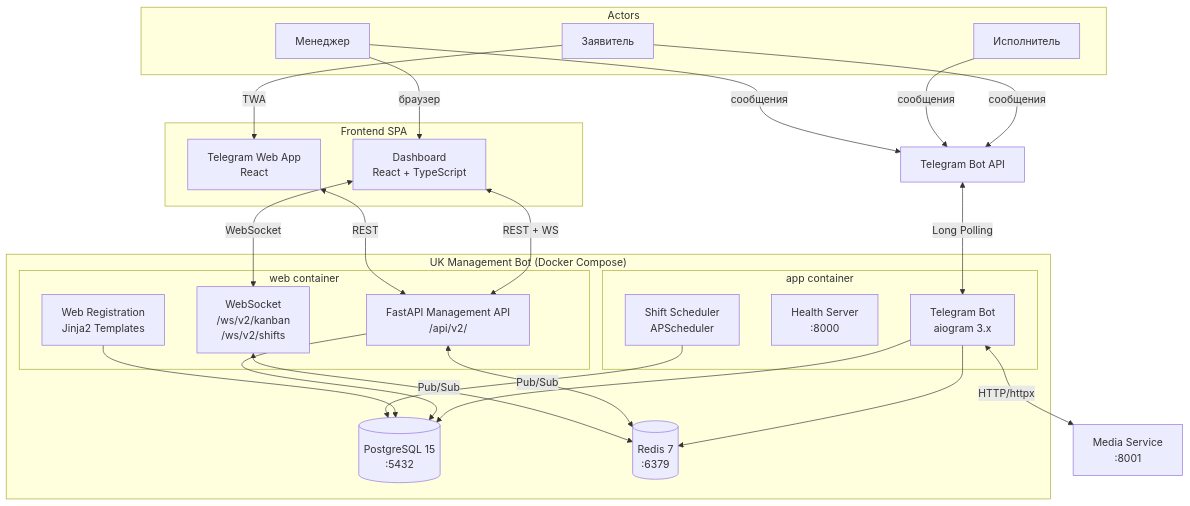
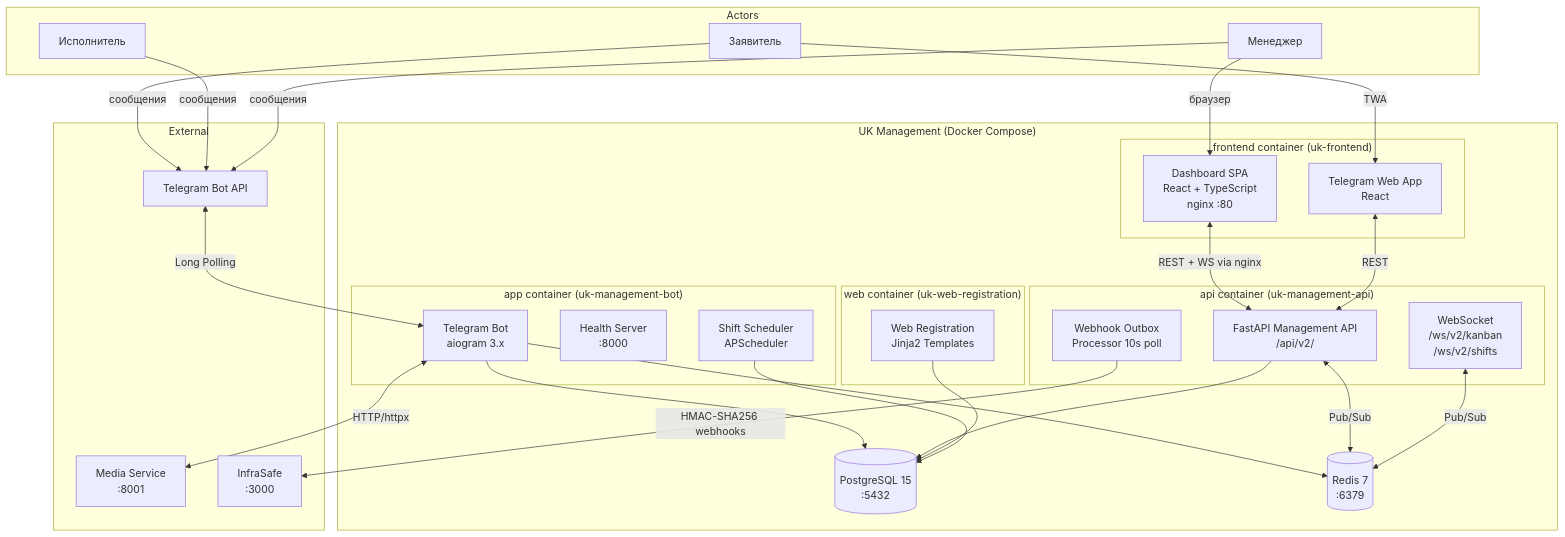
Before and after one commit to a-afanasyev/Infrasafe_bot: the first of 3 diagrams in audit/01_architecture_overview.md, drawn with Mermaid. The commit also changed other lines of this file and 20 other files, not shown here.

````diff
--- a/audit/01_architecture_overview.md
+++ b/audit/01_architecture_overview.md
@@ -43,49 +47,54 @@
 ```mermaid
 graph TB
     subgraph Actors
         AP[Заявитель]
         EX[Исполнитель]
         MG[Менеджер]
     end
 
-    subgraph "UK Management Bot (Docker Compose)"
-        subgraph "app container"
+    subgraph "UK Management (Docker Compose)"
+        subgraph "app container (uk-management-bot)"
             BOT[Telegram Bot\naiogram 3.x]
             HEALTH[Health Server\n:8000]
             SCHED[Shift Scheduler\nAPScheduler]
         end
-        subgraph "web container"
+        subgraph "api container (uk-management-api)"
             API[FastAPI Management API\n/api/v2/]
             WS[WebSocket\n/ws/v2/kanban\n/ws/v2/shifts]
+            OUTBOX[Webhook Outbox\nProcessor 10s poll]
+        end
+        subgraph "web container (uk-web-registration)"
             WEB[Web Registration\nJinja2 Templates]
+        end
+        subgraph "frontend container (uk-frontend)"
+            DASH[Dashboard SPA\nReact + TypeScript\nnginx :80]
+            TWA[Telegram Web App\nReact]
         end
         PG[(PostgreSQL 15\n:5432)]
         RD[(Redis 7\n:6379)]
     end
 
-    subgraph "Frontend SPA"
-        DASH[Dashboard\nReact + TypeScript]
-        TWA[Telegram Web App\nReact]
+    subgraph "External"
+        TG[Telegram Bot API]
+        MEDIA[Media Service\n:8001]
+        INFRA[InfraSafe\n:3000]
     end
-
-    TG[Telegram Bot API]
-    MEDIA[Media Service\n:8001]
 
     AP -->|сообщения| TG
     EX -->|сообщения| TG
     MG -->|сообщения| TG
     TG <-->|Long Polling| BOT
     BOT --> PG
     BOT --> RD
     BOT <-->|HTTP/httpx| MEDIA
     API --> PG
     API <-->|Pub/Sub| RD
     WS <-->|Pub/Sub| RD
     WEB --> PG
     SCHED --> PG
-    DASH <-->|REST + WS| API
-    DASH <-->|WebSocket| WS
+    OUTBOX -->|HMAC-SHA256 webhooks| INFRA
+    DASH <-->|REST + WS via nginx| API
     TWA <-->|REST| API
     MG -->|браузер| DASH
     AP -->|TWA| TWA
 ```
````
